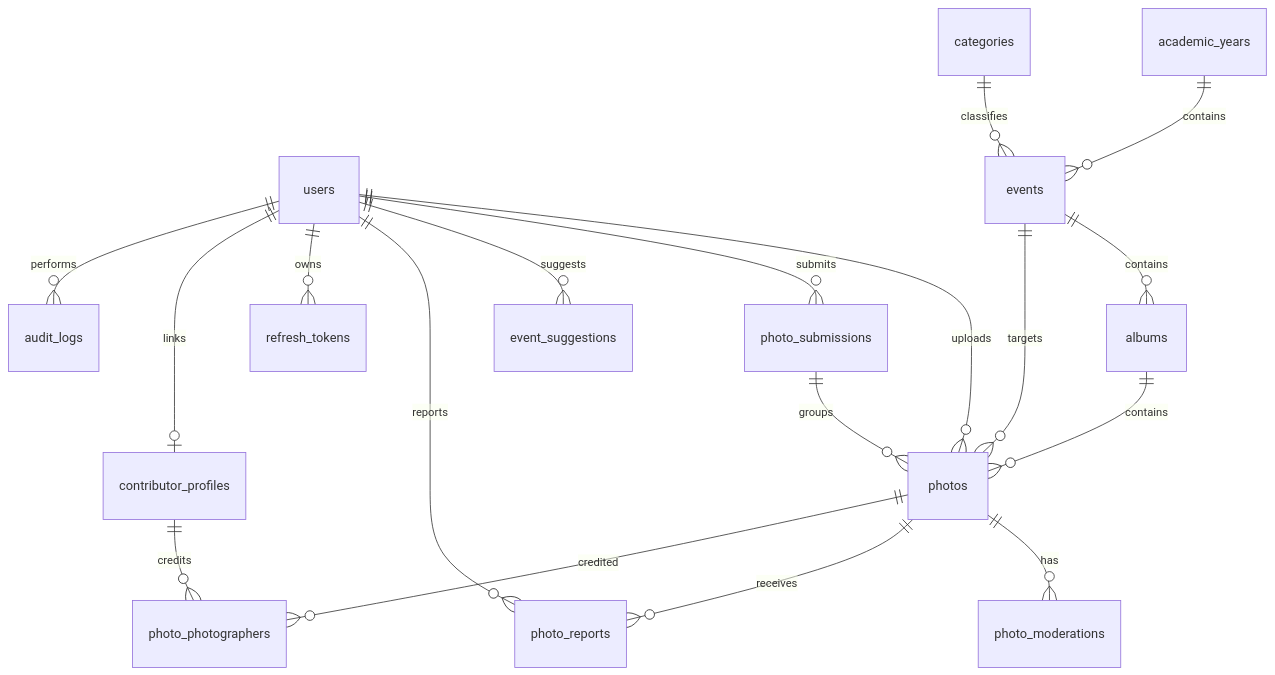
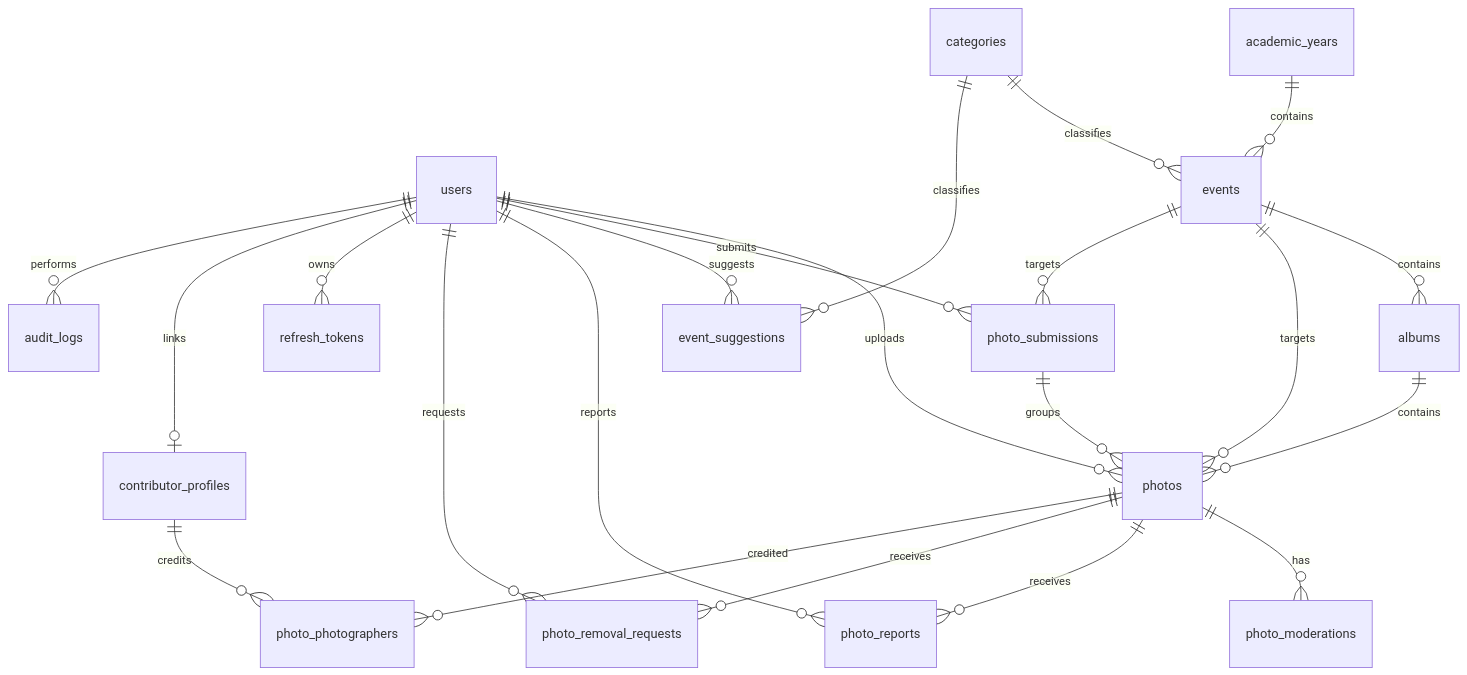
One commit to kshitij-workshop/gec-sheikhpura-archive changed the diagram in docs/DATABASE.md. Above: the diagram before and after it, drawn with Mermaid. The commit also changed other lines of this file and 6 other files, not shown here.

````diff
--- a/docs/DATABASE.md
+++ b/docs/DATABASE.md
@@ -55,22 +66,26 @@
 ```mermaid
 erDiagram
     users ||--o{ photos : uploads
     users ||--o{ photo_submissions : submits
     users ||--o{ event_suggestions : suggests
     users ||--o{ photo_reports : reports
+    users ||--o{ photo_removal_requests : requests
     users ||--o{ refresh_tokens : owns
     users ||--o| contributor_profiles : links
     users ||--o{ audit_logs : performs
 
     academic_years ||--o{ events : contains
     categories ||--o{ events : classifies
+    categories ||--o{ event_suggestions : classifies
     events ||--o{ albums : contains
     events ||--o{ photos : targets
+    events ||--o{ photo_submissions : targets
     albums ||--o{ photos : contains
     photo_submissions ||--o{ photos : groups
 
     photos ||--o{ photo_moderations : has
     photos ||--o{ photo_reports : receives
+    photos ||--o{ photo_removal_requests : receives
     photos ||--o{ photo_photographers : credited
     contributor_profiles ||--o{ photo_photographers : credits
 ```
````
